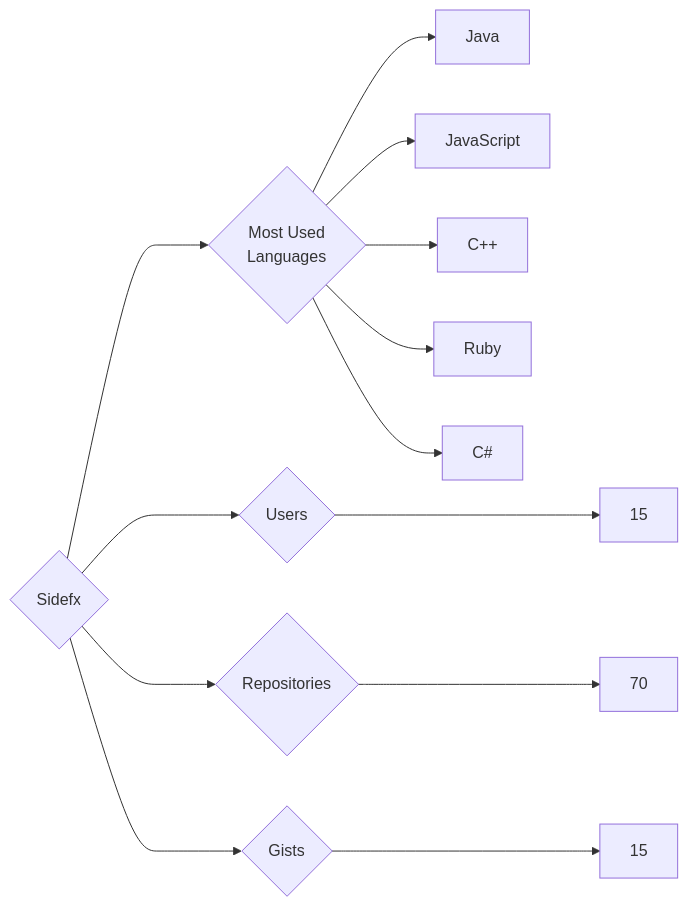
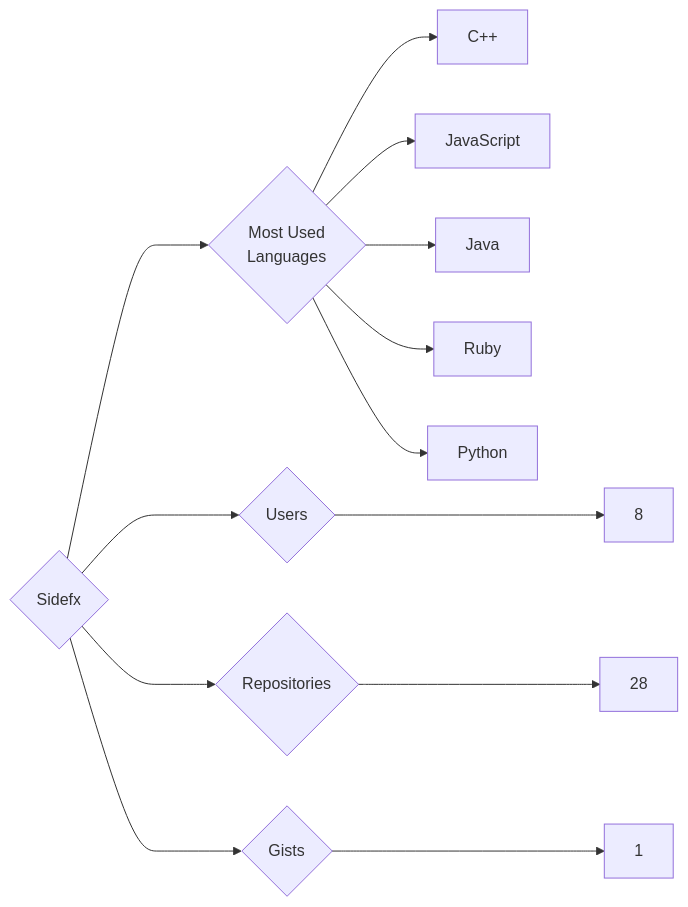
The diagram in targets/Sidefx/README.md (trickest/insiders), drawn with Mermaid before and after one commit. The commit also changed 1484 other files, not shown here.

````diff
--- a/targets/Sidefx/README.md
+++ b/targets/Sidefx/README.md
@@ -3,13 +3,13 @@
 ```mermaid
 graph LR
 COMPANY_NAME{Sidefx}
-COMPANY_NAME ---> U{Users} ---> UN[15]
-COMPANY_NAME ---> R{Repositories} ---> RN[70]
-COMPANY_NAME ---> G{Gists} ---> GN[15]
+COMPANY_NAME ---> U{Users} ---> UN[8]
+COMPANY_NAME ---> R{Repositories} ---> RN[28]
+COMPANY_NAME ---> G{Gists} ---> GN[1]
 COMPANY_NAME ---> ML{Most Used<br>Languages}
+ML --> C++[C++]
+ML --> JavaScript[JavaScript]
 ML --> Java[Java]
-ML --> JavaScript[JavaScript]
-ML --> C++[C++]
 ML --> Ruby[Ruby]
-ML --> C#[C#]
+ML --> Python[Python]
 ```
````
